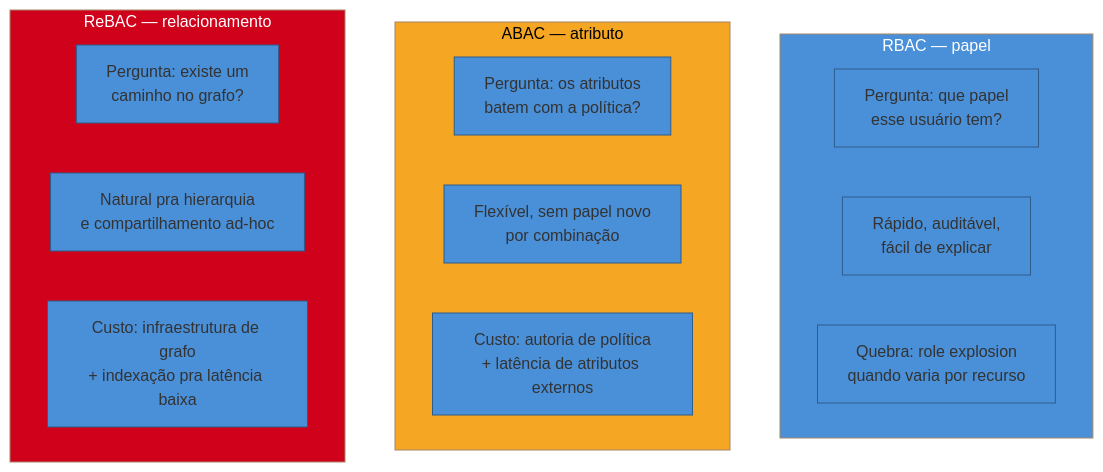
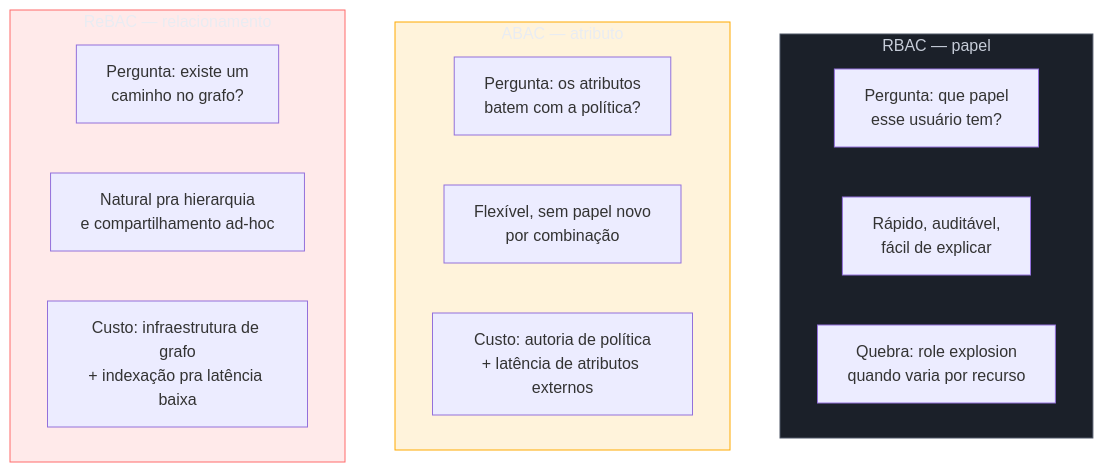
Before and after one commit to josenaldo/codex-technomanticus: the fifth of 5 diagrams in 03-Dominios/Engenharia/Auth e Identidade/3 - Autorização e multi-tenancy/01 - RBAC, ABAC e ReBAC — os três modelos.md, drawn with Mermaid. The commit also changed other lines of this file and 1181 other files, not shown here.

First line of the commit message:
fix(diagramas): paleta do sistema no lugar de cor cravada no markdown

````diff
--- a/03-Dominios/Engenharia/Auth e Identidade/3 - Autorização e multi-tenancy/01 - RBAC, ABAC e ReBAC — os três modelos.md
+++ b/03-Dominios/Engenharia/Auth e Identidade/3 - Autorização e multi-tenancy/01 - RBAC, ABAC e ReBAC — os três modelos.md
@@ -158,23 +163,25 @@
 ```mermaid
-%%{init: {"theme": "base", "themeVariables": {"primaryColor": "#4A90D9", "primaryBorderColor": "#2E5C8A", "lineColor": "#4A90D9"}}}%%
 graph TD
+    classDef neutro fill:#1B2029,stroke:#4E5666,color:#C6CCD8
+    classDef destaque fill:#FFAA0024,stroke:#FFAA00,color:#E9ECF2
+    classDef falha fill:#FF6B6B24,stroke:#FF6B6B,color:#E9ECF2
     subgraph RBAC["RBAC — papel"]
         R1["Pergunta: que papel<br/>esse usuário tem?"]
         R2["Rápido, auditável,<br/>fácil de explicar"]
         R3["Quebra: role explosion<br/>quando varia por recurso"]
     end
     subgraph ABAC["ABAC — atributo"]
         A1["Pergunta: os atributos<br/>batem com a política?"]
         A2["Flexível, sem papel novo<br/>por combinação"]
         A3["Custo: autoria de política<br/>+ latência de atributos externos"]
     end
     subgraph ReBAC["ReBAC — relacionamento"]
         B1["Pergunta: existe um<br/>caminho no grafo?"]
         B2["Natural pra hierarquia<br/>e compartilhamento ad-hoc"]
         B3["Custo: infraestrutura de grafo<br/>+ indexação pra latência baixa"]
     end
 
-    style RBAC fill:#4A90D9,color:#fff
-    style ABAC fill:#F5A623,color:#000
-    style ReBAC fill:#D0021B,color:#fff
+    class RBAC neutro
+    class ABAC destaque
+    class ReBAC falha
 ```
````
